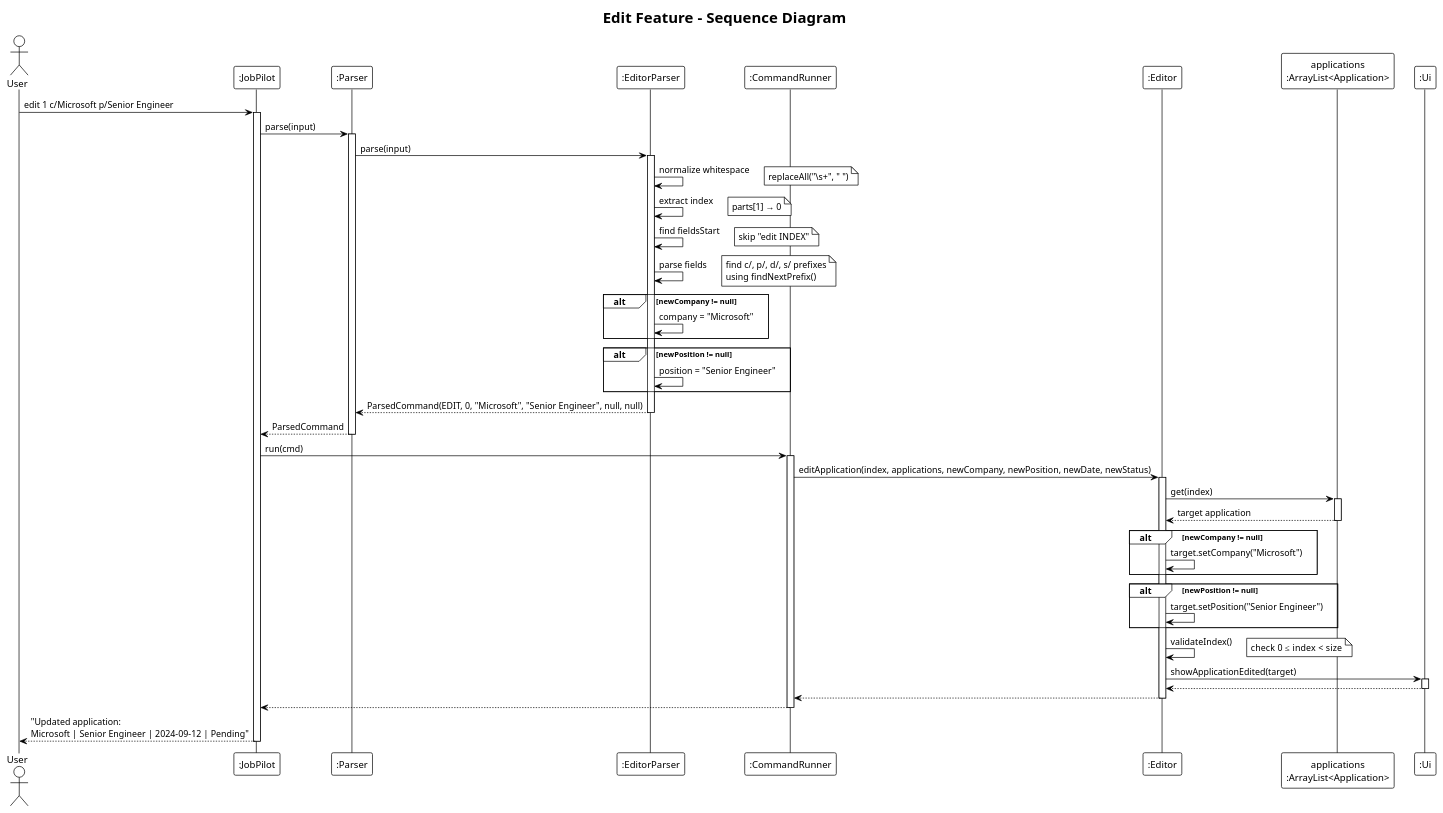
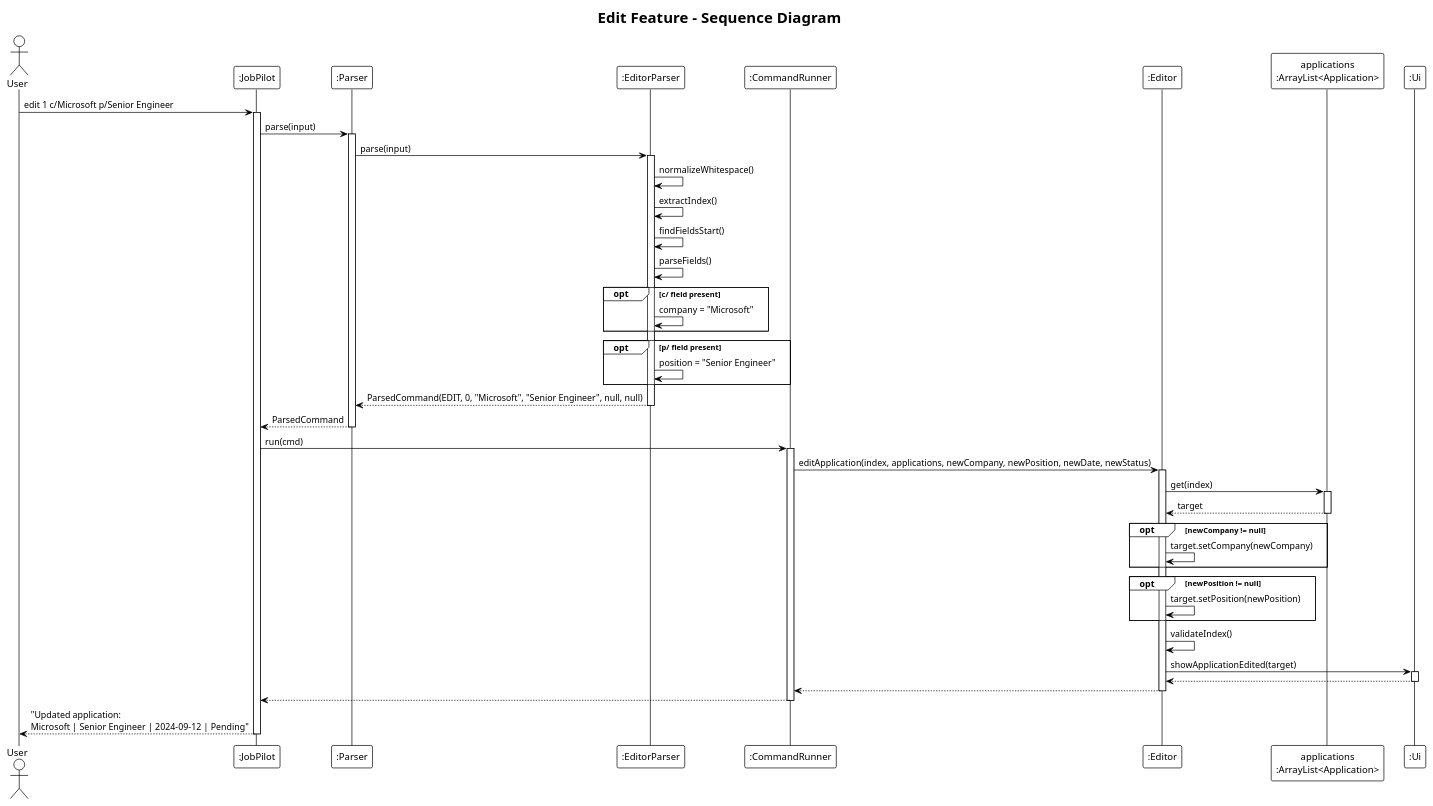
The diagram in docs/diagrams/editor/sequence.puml (AY2526S2-CS2113-W13-3/tp), drawn with PlantUML before and after one commit. The commit also changed 4 other files, not shown here.

Commit message:
Update Editor Diagram in DG

```diff
--- a/docs/diagrams/editor/sequence.puml
+++ b/docs/diagrams/editor/sequence.puml
@@ -1,87 +1,77 @@
 @startuml
 !theme plain
 title Edit Feature - Sequence Diagram
 
 actor User
 participant ":JobPilot" as Main
 participant ":Parser" as Parser
 participant ":EditorParser" as EditorParser
 participant ":CommandRunner" as Runner
 participant ":Editor" as Editor
 participant "applications\n:ArrayList<Application>" as List
 participant ":Ui" as Ui
 
 User -> Main : edit 1 c/Microsoft p/Senior Engineer
 activate Main
 
 Main -> Parser : parse(input)
 activate Parser
 
 Parser -> EditorParser : parse(input)
 activate EditorParser
 
-EditorParser -> EditorParser : normalize whitespace
-note right: replaceAll("\\s+", " ")
+EditorParser -> EditorParser : normalizeWhitespace()
+EditorParser -> EditorParser : extractIndex()
+EditorParser -> EditorParser : findFieldsStart()
+EditorParser -> EditorParser : parseFields()
 
-EditorParser -> EditorParser : extract index
-note right: parts[1] → 0
-
-EditorParser -> EditorParser : find fieldsStart
-note right: skip "edit INDEX"
-
-EditorParser -> EditorParser : parse fields
-note right
-  find c/, p/, d/, s/ prefixes
-  using findNextPrefix()
-end note
-
-alt newCompany != null
+opt c/ field present
     EditorParser -> EditorParser : company = "Microsoft"
 end
-alt newPosition != null
+
+opt p/ field present
     EditorParser -> EditorParser : position = "Senior Engineer"
 end
 
 EditorParser --> Parser : ParsedCommand(EDIT, 0, "Microsoft", "Senior Engineer", null, null)
 deactivate EditorParser
 
 Parser --> Main : ParsedCommand
 deactivate Parser
 
 Main -> Runner : run(cmd)
 activate Runner
 
 Runner -> Editor : editApplication(index, applications, newCompany, newPosition, newDate, newStatus)
 activate Editor
 
 Editor -> List : get(index)
 activate List
-List --> Editor : target application
+List --> Editor : target
 deactivate List
 
-alt newCompany != null
-    Editor -> Editor : target.setCompany("Microsoft")
+opt newCompany != null
+    Editor -> Editor : target.setCompany(newCompany)
 end
 
-alt newPosition != null
-    Editor -> Editor : target.setPosition("Senior Engineer")
+opt newPosition != null
+    Editor -> Editor : target.setPosition(newPosition)
 end
 
 Editor -> Editor : validateIndex()
-note right: check 0 ≤ index < size
 
 Editor -> Ui : showApplicationEdited(target)
 activate Ui
 Ui --> Editor :
 deactivate Ui
 
 Editor --> Runner :
 deactivate Editor
 
 Runner --> Main :
 deactivate Runner
 
 Main --> User : "Updated application:\nMicrosoft | Senior Engineer | 2024-09-12 | Pending"
 deactivate Main
 
 @enduml
```
